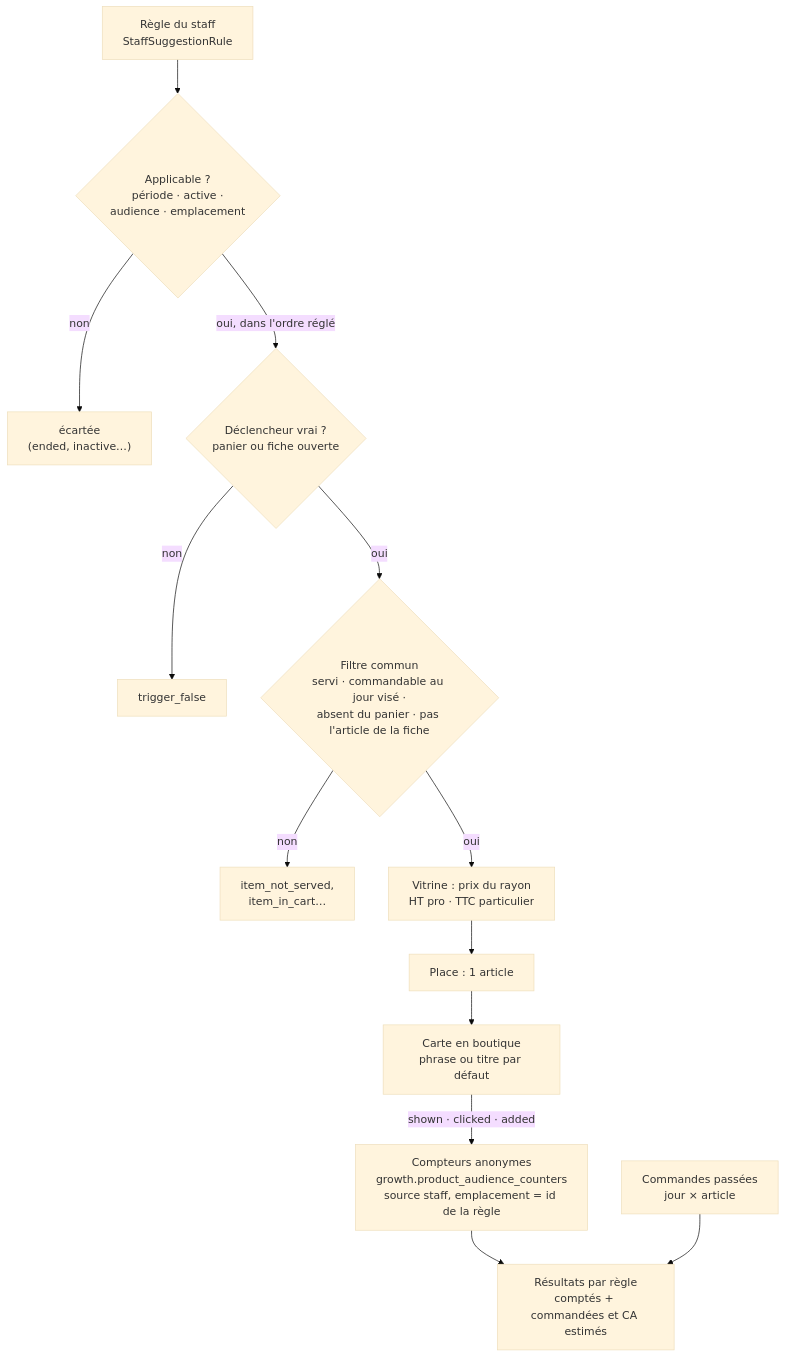
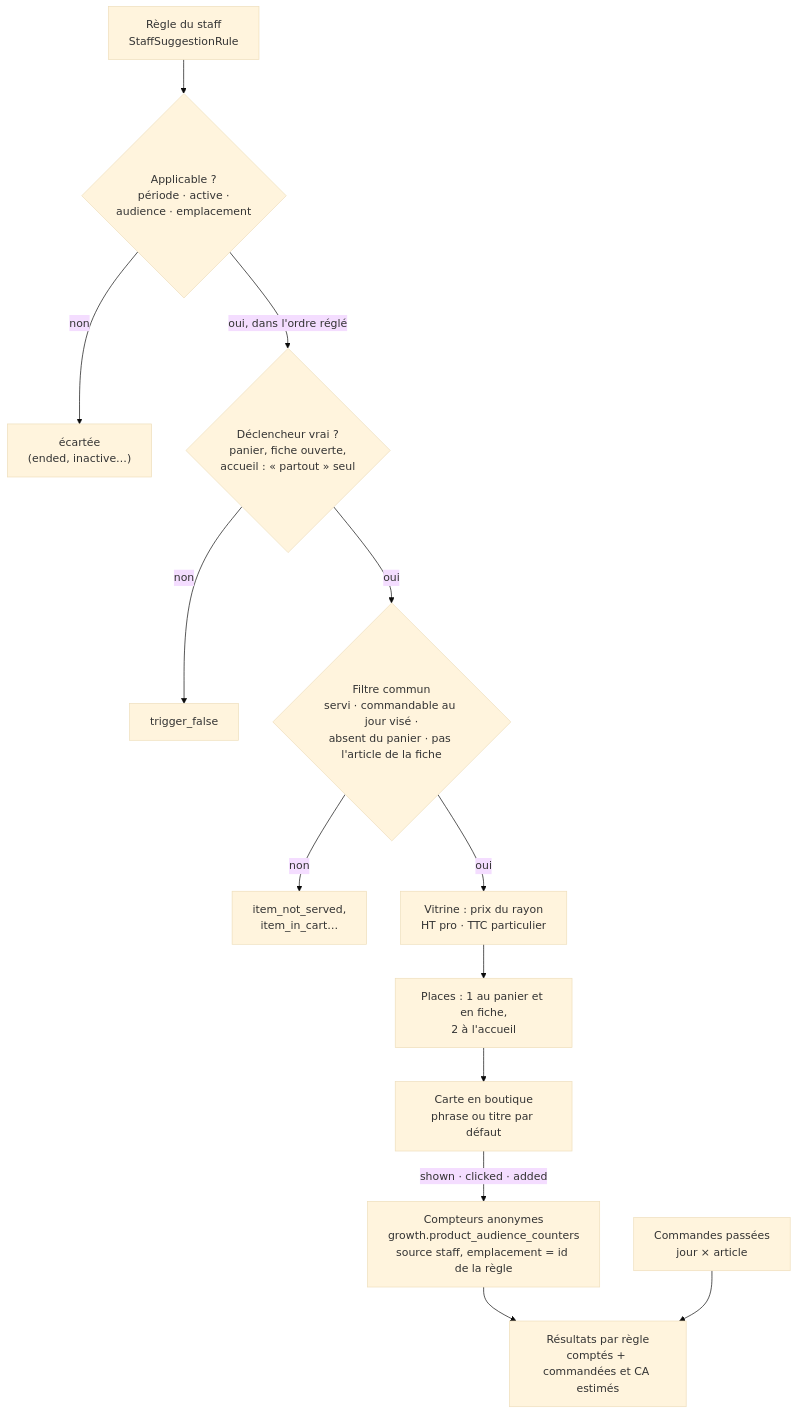
One commit to hugoheynard/lfd changed the diagram in documentation/recommandation-produit/suggestions-du-staff.md. Above: the diagram before and after it, drawn with Mermaid (base theme). The commit also changed other lines of this file and 94 other files, not shown here.

````diff
--- a/documentation/recommandation-produit/suggestions-du-staff.md
+++ b/documentation/recommandation-produit/suggestions-du-staff.md
@@ -26,15 +26,15 @@
 ```mermaid
 flowchart TD
     R["Règle du staff<br/>StaffSuggestionRule"] --> A{"Applicable ?<br/>période · active ·<br/>audience · emplacement"}
     A -->|non| X1["écartée<br/>(ended, inactive…)"]
-    A -->|oui, dans l'ordre réglé| D{"Déclencheur vrai ?<br/>panier ou fiche ouverte"}
+    A -->|oui, dans l'ordre réglé| D{"Déclencheur vrai ?<br/>panier, fiche ouverte,<br/>accueil : « partout » seul"}
     D -->|non| X2["trigger_false"]
     D -->|oui| F{"Filtre commun<br/>servi · commandable au jour visé ·<br/>absent du panier · pas l'article de la fiche"}
     F -->|non| X3["item_not_served,<br/>item_in_cart…"]
     F -->|oui| V["Vitrine : prix du rayon<br/>HT pro · TTC particulier"]
-    V --> P["Place : 1 article"]
+    V --> P["Places : 1 au panier et en fiche,<br/>2 à l'accueil"]
     P --> C["Carte en boutique<br/>phrase ou titre par défaut"]
     C -->|"shown · clicked · added"| K["Compteurs anonymes<br/>growth.product_audience_counters<br/>source staff, emplacement = id de la règle"]
     K --> RES["Résultats par règle<br/>comptés + commandées et CA estimés"]
     O["Commandes passées<br/>jour × article"] --> RES
 ```
````
